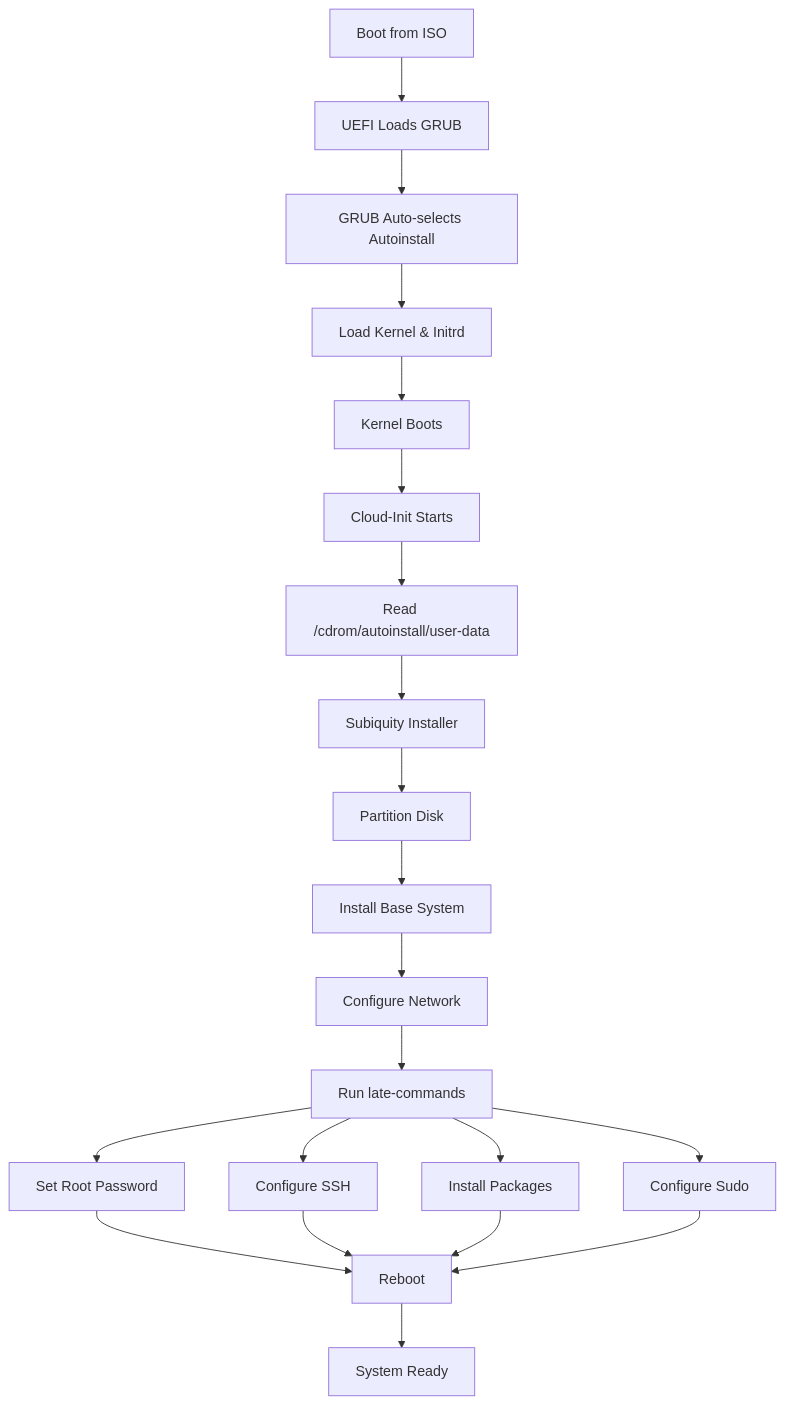
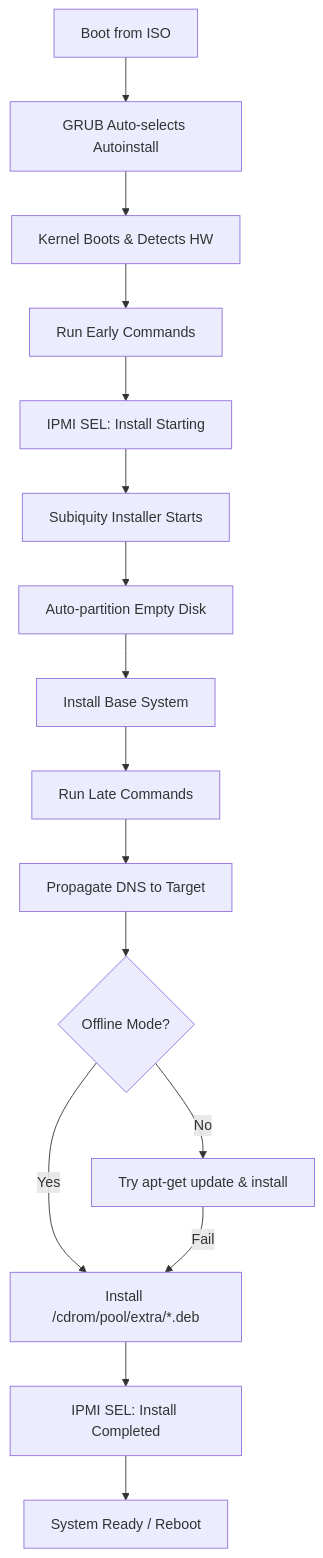
One commit to cyril1974/os_auto_deployment changed the second of 2 diagrams in autoinstall/doc/02_workflow.md. Above: the diagram before and after it, drawn with Mermaid. The commit also changed other lines of this file and 6 other files, not shown here.

Commit message:
Harden storage configuration for Ubuntu 24.04 (v2-rev2) and prioritize smallest empty disk

````diff
--- a/autoinstall/doc/02_workflow.md
+++ b/autoinstall/doc/02_workflow.md
@@ -183,23 +72,18 @@
 ```mermaid
 flowchart TD
-    A[Boot from ISO] --> B[UEFI Loads GRUB]
-    B --> C[GRUB Auto-selects Autoinstall]
-    C --> D[Load Kernel & Initrd]
-    D --> E[Kernel Boots]
-    E --> F[Cloud-Init Starts]
-    F --> G[Read /cdrom/autoinstall/user-data]
-    G --> H[Subiquity Installer]
-    H --> I[Partition Disk]
-    I --> J[Install Base System]
-    J --> K[Configure Network]
-    K --> L[Run late-commands]
-    L --> M[Set Root Password]
-    L --> N[Configure SSH]
-    L --> O[Install Packages]
-    L --> P[Configure Sudo]
-    M --> Q[Reboot]
-    N --> Q
-    O --> Q
-    P --> Q
-    Q --> R[System Ready]
+    Start[Boot from ISO] --> LoadGrub[GRUB Auto-selects Autoinstall]
+    LoadGrub --> DetectHW[Kernel Boots & Detects HW]
+    DetectHW --> EarlyCmds[Run Early Commands]
+    EarlyCmds --> SELStart[IPMI SEL: Install Starting]
+    SELStart --> Subiquity[Subiquity Installer Starts]
+    Subiquity --> DiskConfig[Auto-partition Empty Disk]
+    DiskConfig --> InstallBase[Install Base System]
+    InstallBase --> LateCmds[Run Late Commands]
+    LateCmds --> DNS[Propagate DNS to Target]
+    DNS --> PkgMode{Offline Mode?}
+    PkgMode -->|Yes| Offline[Install /cdrom/pool/extra/*.deb]
+    PkgMode -->|No| Hybrid[Try apt-get update & install]
+    Hybrid -->|Fail| Offline
+    Offline --> SELDone[IPMI SEL: Install Completed]
+    SELDone --> Finish[System Ready / Reboot]
 ```
````
